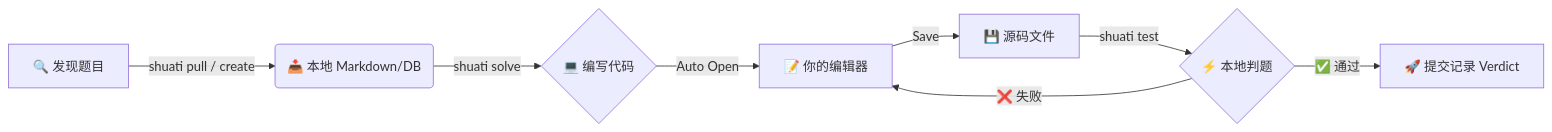
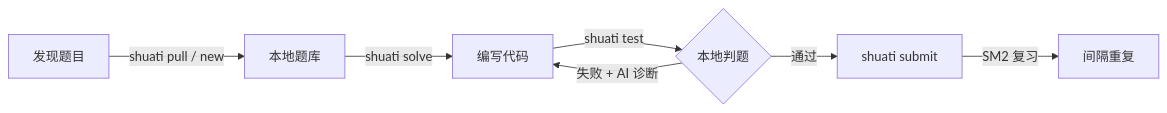
Before and after one commit to Xustalis/shuati-Cli: the diagram in README.md, drawn with Mermaid. The commit also changed other lines of this file and 6 other files, not shown here.

````diff
--- a/README.md
+++ b/README.md
@@ -96,10 +101,9 @@
 ```mermaid
 graph LR
-    A[🔍 发现题目] -->|shuati pull / create| B("📥 本地 Markdown/DB")
-    B -->|shuati solve| C{💻 编写代码}
-    C -->|Auto Open| D[📝 你的编辑器]
-    D -->|Save| E[💾 源码文件]
-    E -->|shuati test| F{⚡ 本地判题}
-    F -->|❌ 失败| D
-    F -->|✅ 通过| G[🚀 提交记录 Verdict]
+    A["发现题目"] -->|shuati pull / new| B["本地题库"]
+    B -->|shuati solve| C["编写代码"]
+    C -->|shuati test| D{"本地判题"}
+    D -->|失败 + AI 诊断| C
+    D -->|通过| E["shuati submit"]
+    E -->|SM2 复习| F["间隔重复"]
 ```
````
